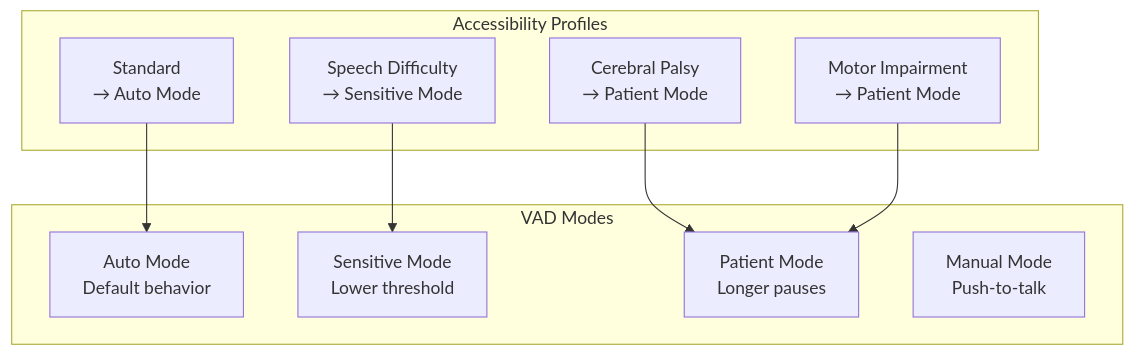
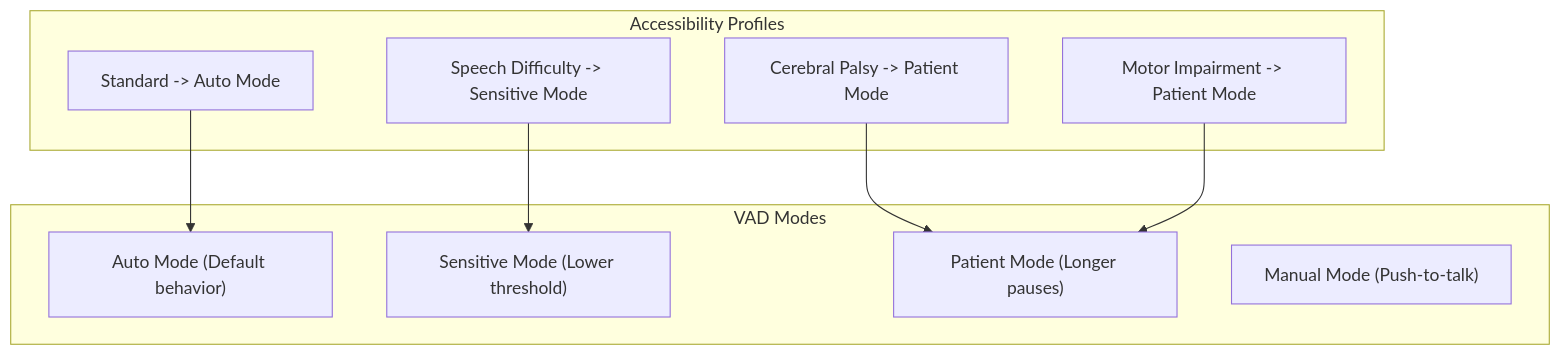
One commit to FightTheStroke/MirrorBuddy changed diagram 13 of 50 in ARCHITECTURE-DIAGRAMS.md. Above: the diagram before and after it, drawn with Mermaid. The commit also changed other lines of this file, not shown here.

First line of the commit message:
docs(arch): rewrite diagrams in English, rename Maestri to Professors

````diff
--- a/ARCHITECTURE-DIAGRAMS.md
+++ b/ARCHITECTURE-DIAGRAMS.md
@@ -575,21 +574,21 @@
 ```mermaid
 graph TB
-    subgraph "VAD Modes"
-        Auto[Auto Mode<br/>Default behavior]
-        Sensitive[Sensitive Mode<br/>Lower threshold]
-        Patient[Patient Mode<br/>Longer pauses]
-        Manual[Manual Mode<br/>Push-to-talk]
+    subgraph VAD_Modes["VAD Modes"]
+        Auto["Auto Mode (Default behavior)"]
+        Sensitive["Sensitive Mode (Lower threshold)"]
+        Patient["Patient Mode (Longer pauses)"]
+        Manual["Manual Mode (Push-to-talk)"]
     end
 
-    subgraph "Accessibility Profiles"
-        CP[Cerebral Palsy<br/>→ Patient Mode]
-        Motor[Motor Impairment<br/>→ Patient Mode]
-        Speech[Speech Difficulty<br/>→ Sensitive Mode]
-        Standard[Standard<br/>→ Auto Mode]
+    subgraph Accessibility_Profiles["Accessibility Profiles"]
+        CP["Cerebral Palsy -> Patient Mode"]
+        Motor["Motor Impairment -> Patient Mode"]
+        Speech["Speech Difficulty -> Sensitive Mode"]
+        Standard["Standard -> Auto Mode"]
     end
 
     CP --> Patient
     Motor --> Patient
     Speech --> Sensitive
     Standard --> Auto
 ```
````
